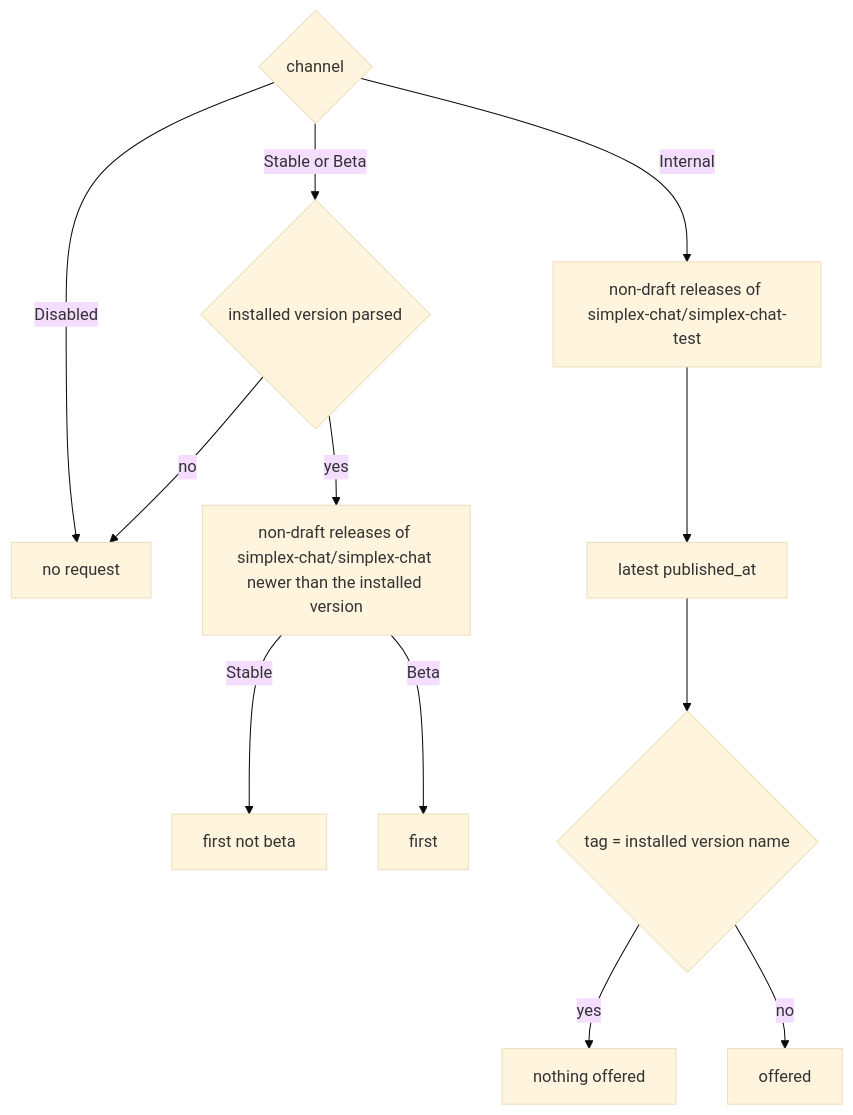
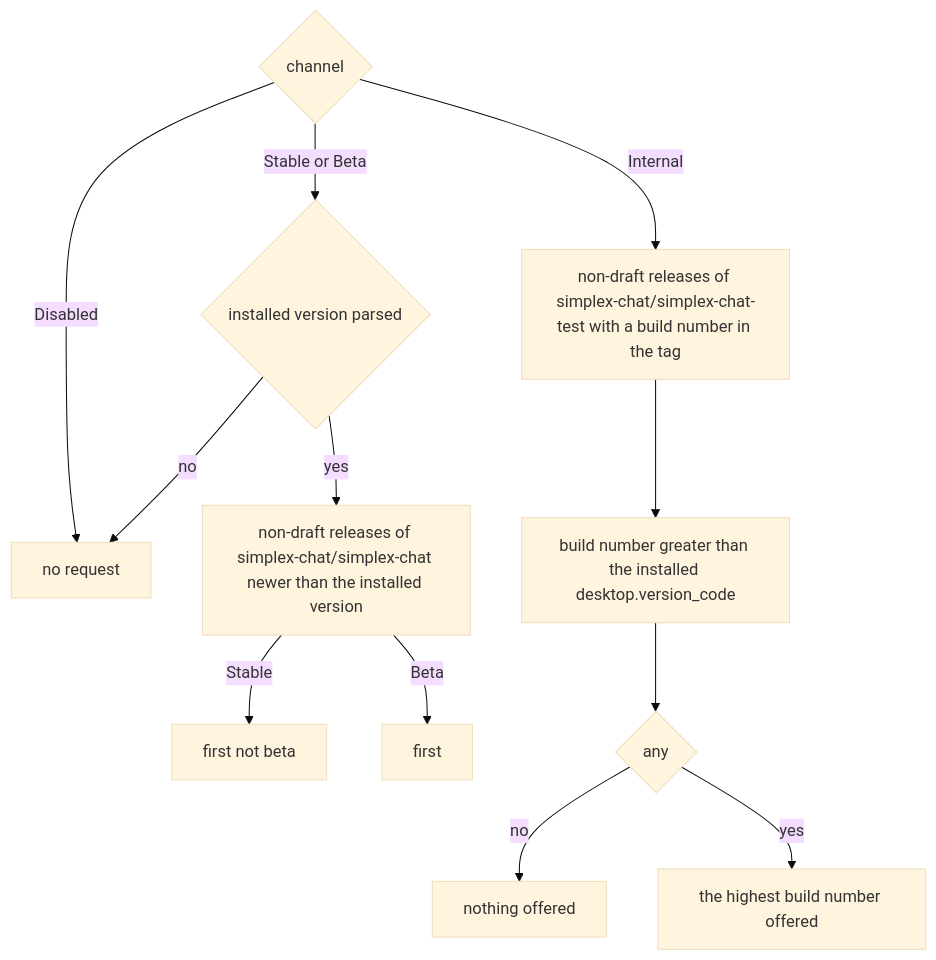
One commit to simplex-chat/simplex-chat changed the second of 2 diagrams in plans/2026-11-16-desktop-internal-updates.md. Above: the diagram before and after it, drawn with Mermaid (base theme). The commit also changed other lines of this file and 3 other files, not shown here.

Commit message:
desktop: offer internal builds with a higher build number

````diff
--- a/plans/2026-11-16-desktop-internal-updates.md
+++ b/plans/2026-11-16-desktop-internal-updates.md
@@ -48,14 +48,14 @@
 ```mermaid
 flowchart TD
   C{channel} -->|Disabled| X[no request]
   C -->|Stable or Beta| V{installed version parsed}
   V -->|no| X
   V -->|yes| M[non-draft releases of simplex-chat/simplex-chat newer than the installed version]
   M -->|Stable| S[first not beta]
   M -->|Beta| B[first]
-  C -->|Internal| I[non-draft releases of simplex-chat/simplex-chat-test]
-  I --> F[latest published_at]
-  F --> T{tag = installed version name}
-  T -->|yes| N[nothing offered]
-  T -->|no| O[offered]
+  C -->|Internal| I[non-draft releases of simplex-chat/simplex-chat-test with a build number in the tag]
+  I --> F[build number greater than the installed desktop.version_code]
+  F --> T{any}
+  T -->|no| N[nothing offered]
+  T -->|yes| O[the highest build number offered]
 ```
````
